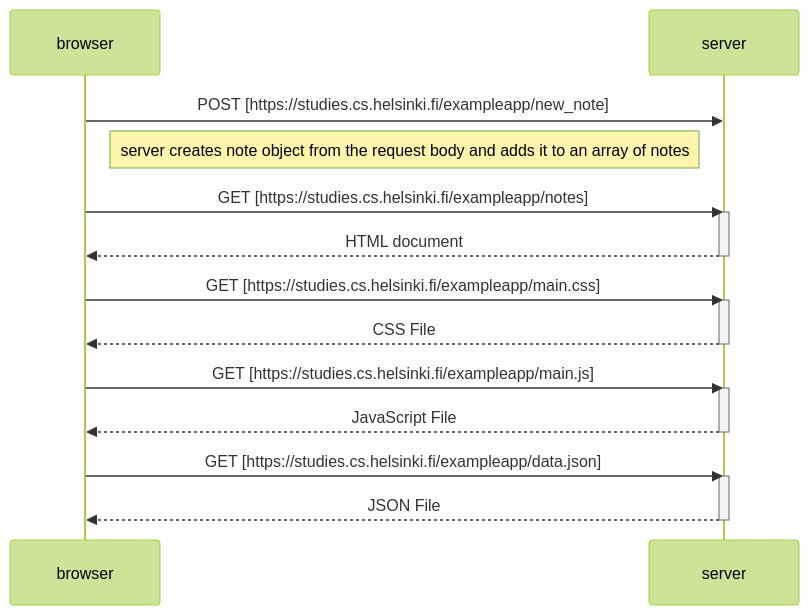
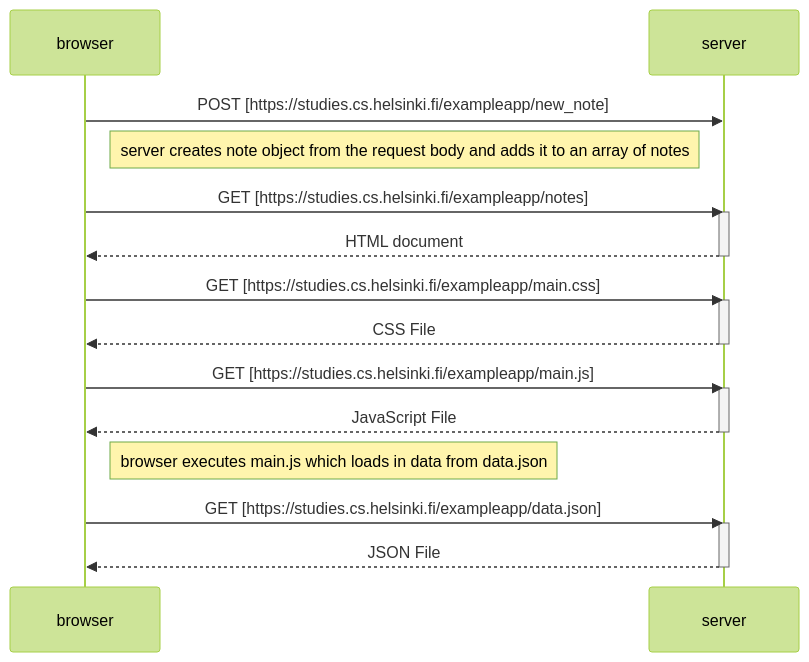
Before and after one commit to JNeed/JN_Helsinki_Course: the diagram in add_note_mermaid.md, drawn with Mermaid (forest theme).

Commit message:
Update add_note_mermaid.md
Added note about main.js function

````diff
--- a/add_note_mermaid.md
+++ b/add_note_mermaid.md
@@ -1,23 +1,24 @@
 ```mermaid
 sequenceDiagram
     participant browser
     participant server
  browser->>server: POST [https://studies.cs.helsinki.fi/exampleapp/new_note]
  Note right of browser: server creates note object from the request body and adds it to an array of notes
  browser->>server: GET [https://studies.cs.helsinki.fi/exampleapp/notes]
     activate server
     server-->>browser: HTML document
     deactivate server
  browser->>server: GET [https://studies.cs.helsinki.fi/exampleapp/main.css]
     activate server
     server-->>browser: CSS File
     deactivate server
  browser->>server: GET [https://studies.cs.helsinki.fi/exampleapp/main.js]
     activate server
     server-->>browser: JavaScript File
     deactivate server
+ Note right of browser: browser executes main.js which loads in data from data.json
  browser->>server: GET [https://studies.cs.helsinki.fi/exampleapp/data.json]
     activate server
     server-->>browser: JSON File
     deactivate server
 ```
````
